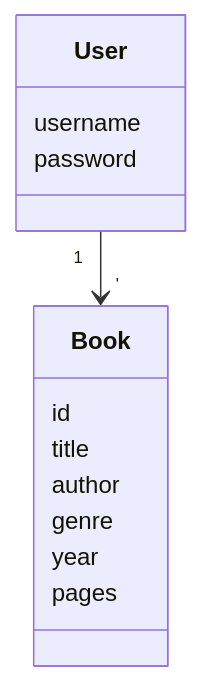
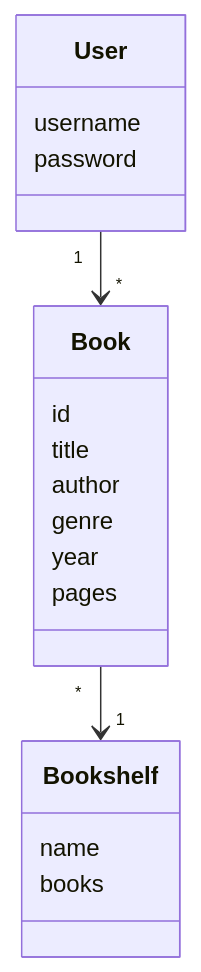
One commit to helinal/ot-harjoitustyo changed the first of 2 diagrams in dokumentaatio/arkkitehtuuri.md. Above: the diagram before and after it, drawn with Mermaid. The commit also changed other lines of this file, not shown here.

````diff
--- a/dokumentaatio/arkkitehtuuri.md
+++ b/dokumentaatio/arkkitehtuuri.md
@@ -6,16 +7,22 @@
 ```mermaid
  classDiagram
-      User "1" --> "'" Book
+      User "1" --> "*" Book
+      Book "*" --> "1" Bookshelf
       class User{
           username
           password
       }
       class Book{
           id
           title
           author
           genre
           year
           pages
       }
+      class Bookshelf{
+          name
+          books
+      }
+ 
 ```
````
